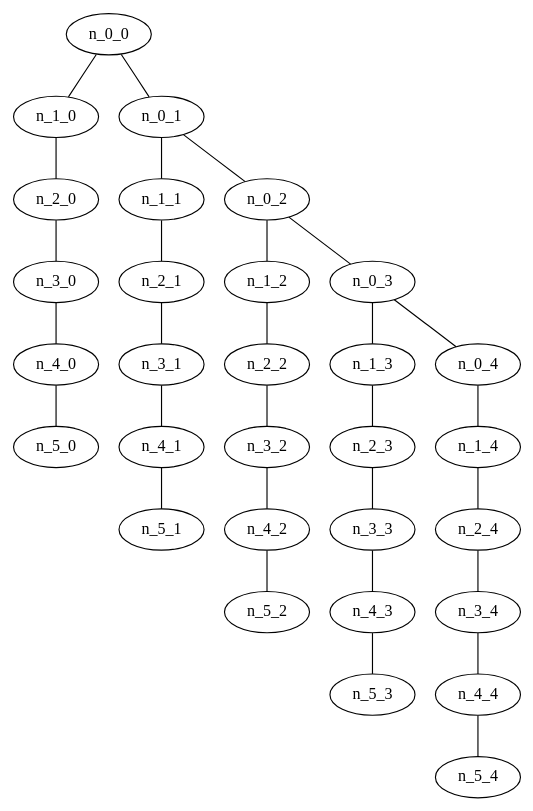
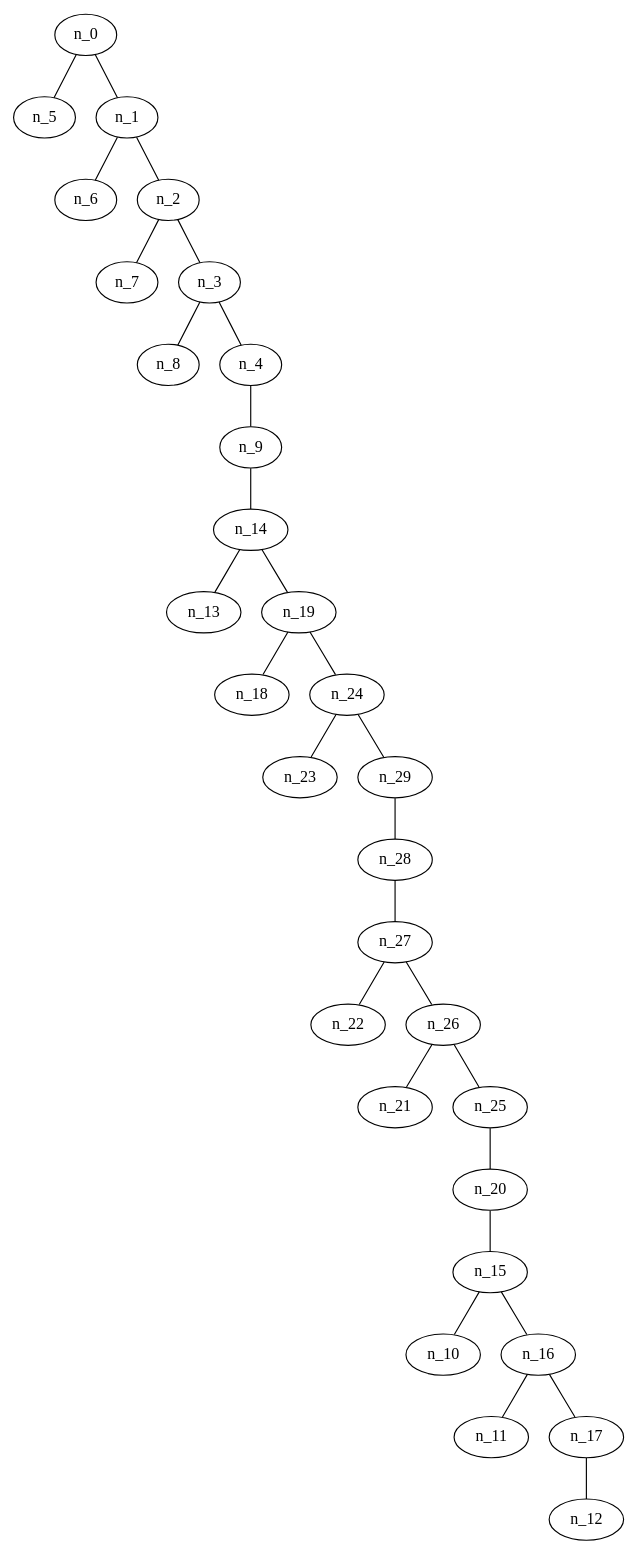
One commit to AkatzinBH/DAA changed the diagram in Proyecto2/30 Nodos/Malla/grafoMalla_6_5_DFS_I.gv. Above: the diagram before and after it, drawn with Graphviz. The commit also changed 3 other files, not shown here.

```diff
--- a/Proyecto2/30 Nodos/Malla/grafoMalla_6_5_DFS_I.gv
+++ b/Proyecto2/30 Nodos/Malla/grafoMalla_6_5_DFS_I.gv
@@ -1,61 +1,61 @@
 graph grafoMalla_6_5_DFS_I  {
-n_0_0;
-n_1_0;
-n_0_1;
-n_1_1;
-n_0_2;
-n_1_2;
-n_0_3;
-n_1_3;
-n_0_4;
-n_1_4;
-n_2_4;
-n_3_4;
-n_4_4;
-n_5_4;
-n_2_3;
-n_3_3;
-n_4_3;
-n_5_3;
-n_2_2;
-n_3_2;
-n_4_2;
-n_5_2;
-n_2_1;
-n_3_1;
-n_4_1;
-n_5_1;
-n_2_0;
-n_3_0;
-n_4_0;
-n_5_0;
-n_0_0 -- n_1_0;
-n_0_0 -- n_0_1;
-n_0_1 -- n_1_1;
-n_0_1 -- n_0_2;
-n_0_2 -- n_1_2;
-n_0_2 -- n_0_3;
-n_0_3 -- n_1_3;
-n_0_3 -- n_0_4;
-n_0_4 -- n_1_4;
-n_1_4 -- n_2_4;
-n_2_4 -- n_3_4;
-n_3_4 -- n_4_4;
-n_4_4 -- n_5_4;
-n_1_3 -- n_2_3;
-n_2_3 -- n_3_3;
-n_3_3 -- n_4_3;
-n_4_3 -- n_5_3;
-n_1_2 -- n_2_2;
-n_2_2 -- n_3_2;
-n_3_2 -- n_4_2;
-n_4_2 -- n_5_2;
-n_1_1 -- n_2_1;
-n_2_1 -- n_3_1;
-n_3_1 -- n_4_1;
-n_4_1 -- n_5_1;
-n_1_0 -- n_2_0;
-n_2_0 -- n_3_0;
-n_3_0 -- n_4_0;
-n_4_0 -- n_5_0;
+n_0;
+n_5;
+n_1;
+n_6;
+n_2;
+n_7;
+n_3;
+n_8;
+n_4;
+n_9;
+n_14;
+n_13;
+n_19;
+n_18;
+n_24;
+n_23;
+n_29;
+n_28;
+n_27;
+n_22;
+n_26;
+n_21;
+n_25;
+n_20;
+n_15;
+n_10;
+n_16;
+n_11;
+n_17;
+n_12;
+n_0 -- n_5;
+n_0 -- n_1;
+n_1 -- n_6;
+n_1 -- n_2;
+n_2 -- n_7;
+n_2 -- n_3;
+n_3 -- n_8;
+n_3 -- n_4;
+n_4 -- n_9;
+n_9 -- n_14;
+n_14 -- n_13;
+n_14 -- n_19;
+n_19 -- n_18;
+n_19 -- n_24;
+n_24 -- n_23;
+n_24 -- n_29;
+n_29 -- n_28;
+n_28 -- n_27;
+n_27 -- n_22;
+n_27 -- n_26;
+n_26 -- n_21;
+n_26 -- n_25;
+n_25 -- n_20;
+n_20 -- n_15;
+n_15 -- n_10;
+n_15 -- n_16;
+n_16 -- n_11;
+n_16 -- n_17;
+n_17 -- n_12;
 }
```
